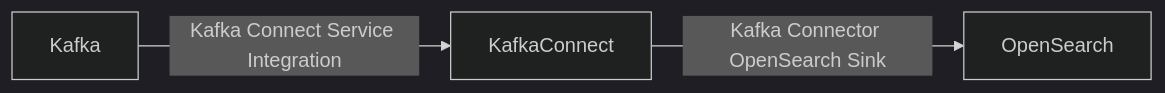
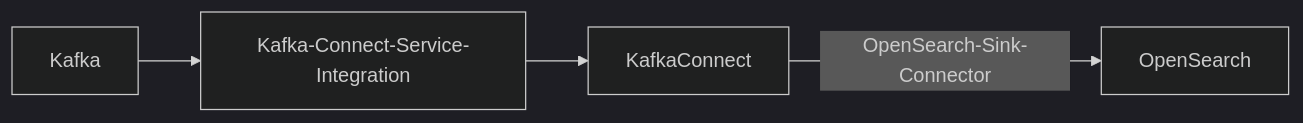
One commit to aiven/devportal changed the diagram in docs/tools/terraform/cookbook/kafka-connect-terraform-recipe.rst. Above: the diagram before and after it, drawn with Mermaid (dark theme). The commit also changed other lines of this file, not shown here.

```diff
--- a/docs/tools/terraform/cookbook/kafka-connect-terraform-recipe.rst
+++ b/docs/tools/terraform/cookbook/kafka-connect-terraform-recipe.rst
@@ -13,5 +11,5 @@
 .. mermaid::
 
     flowchart LR
-        Kafka --> |Kafka Connect Service Integration| KafkaConnect
-        KafkaConnect --> | Kafka Connector OpenSearch Sink | OpenSearch
+        Kafka --> Kafka-Connect-Service-Integration --> KafkaConnect
+        KafkaConnect --> | OpenSearch-Sink-Connector | OpenSearch
```
